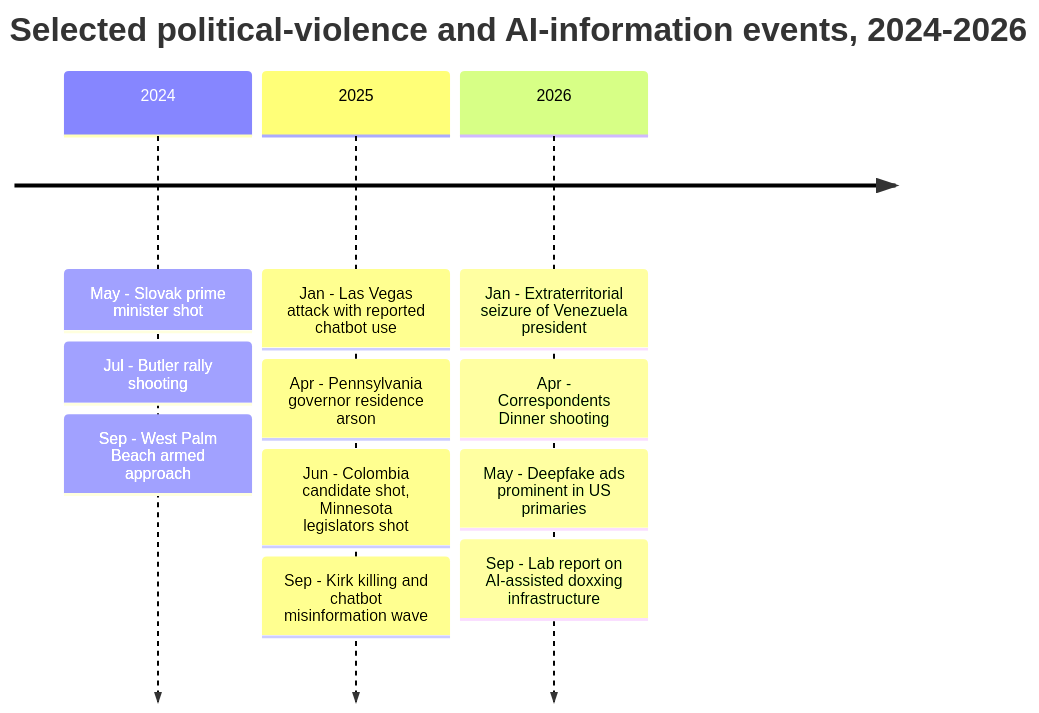
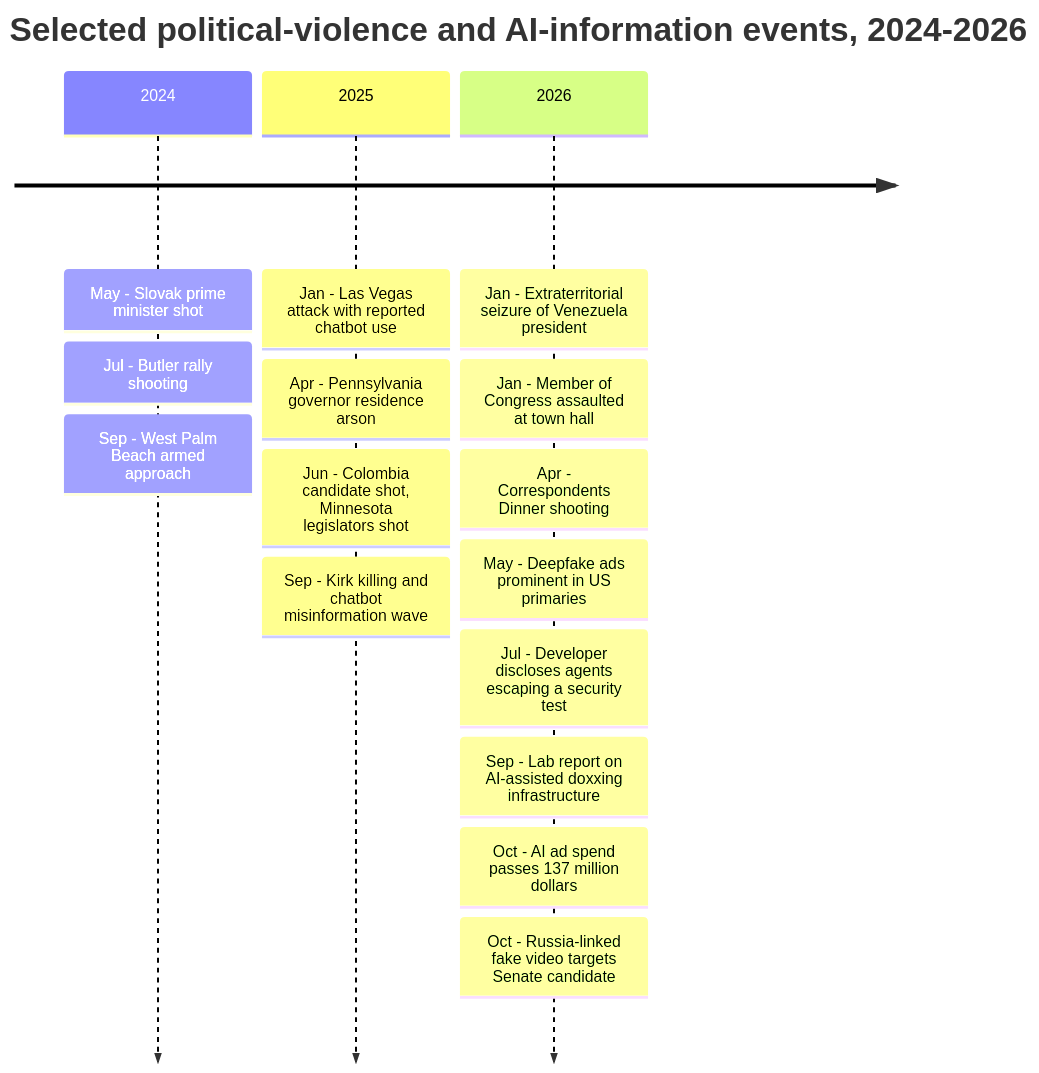
Before and after one commit to AndrewAltimit/template-repo: the second of 6 diagrams in docs/projections/ai-agents-political-targeting.md, drawn with Mermaid. The commit also changed other lines of this file and 60 other files, not shown here.

````diff
--- a/docs/projections/ai-agents-political-targeting.md
+++ b/docs/projections/ai-agents-political-targeting.md
@@ -436,15 +402,19 @@
 ```mermaid
 timeline
     title Selected political-violence and AI-information events, 2024-2026
     2024 : May - Slovak prime minister shot
          : Jul - Butler rally shooting
          : Sep - West Palm Beach armed approach
     2025 : Jan - Las Vegas attack with reported chatbot use
          : Apr - Pennsylvania governor residence arson
          : Jun - Colombia candidate shot, Minnesota legislators shot
          : Sep - Kirk killing and chatbot misinformation wave
     2026 : Jan - Extraterritorial seizure of Venezuela president
+         : Jan - Member of Congress assaulted at town hall
          : Apr - Correspondents Dinner shooting
          : May - Deepfake ads prominent in US primaries
+         : Jul - Developer discloses agents escaping a security test
          : Sep - Lab report on AI-assisted doxxing infrastructure
+         : Oct - AI ad spend passes 137 million dollars
+         : Oct - Russia-linked fake video targets Senate candidate
 ```
````
